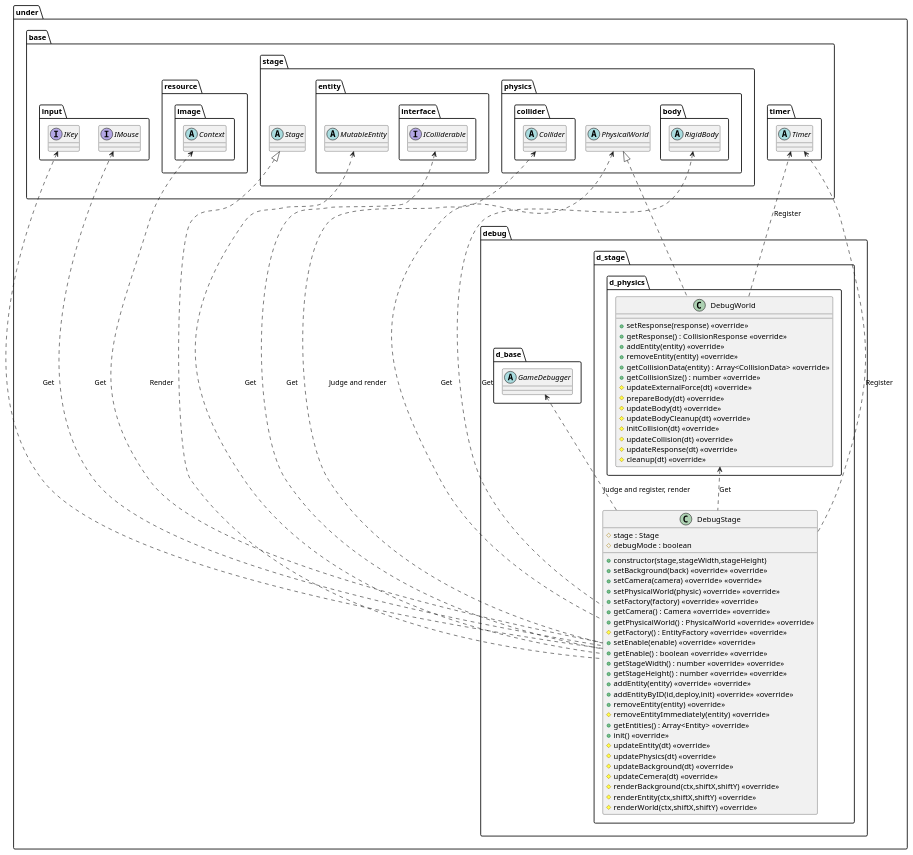
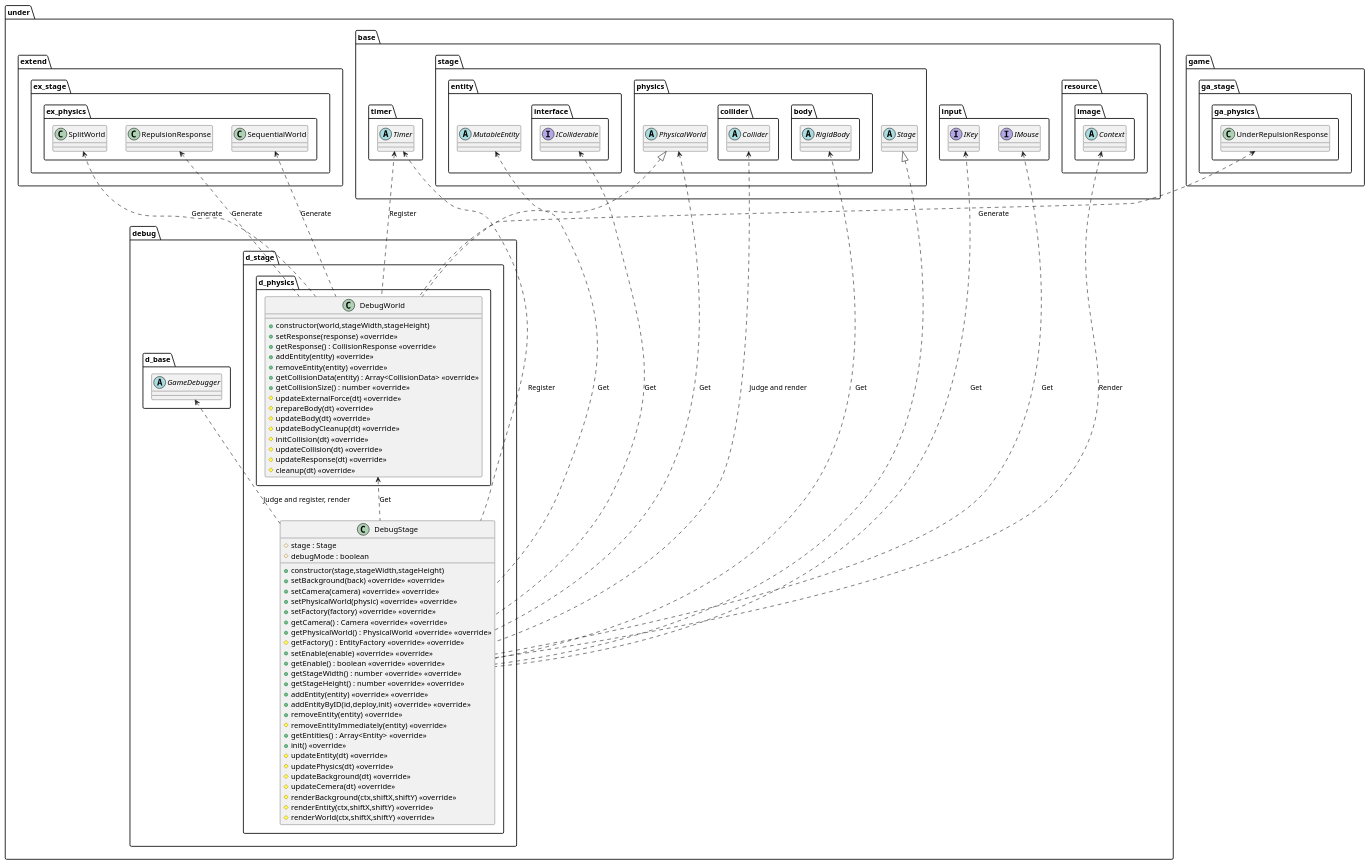
The diagram in uml/debug/Stage.wsd (Expine/Under), drawn with PlantUML before and after one commit. The commit also changed 21 other files, not shown here.

```diff
--- a/uml/debug/Stage.wsd
+++ b/uml/debug/Stage.wsd
@@ -1,114 +1,136 @@
 @startuml DebugStage
 
 package under {
     package debug {
         package d_stage {
             class DebugStage {
                 +constructor(stage,stageWidth,stageHeight)
                 #stage : Stage
                 #debugMode : boolean
                 +setBackground(back) <<override>> <<override>>
                 +setCamera(camera) <<override>> <<override>>
                 +setPhysicalWorld(physic) <<override>> <<override>>
                 +setFactory(factory) <<override>> <<override>>
                 +getCamera() : Camera <<override>> <<override>>
                 +getPhysicalWorld() : PhysicalWorld <<override>> <<override>>
                 #getFactory() : EntityFactory <<override>> <<override>>
                 +setEnable(enable) <<override>> <<override>>
                 +getEnable() : boolean <<override>> <<override>>
                 +getStageWidth() : number <<override>> <<override>>
                 +getStageHeight() : number <<override>> <<override>>
                 +addEntity(entity) <<override>> <<override>>
                 +addEntityByID(id,deploy,init) <<override>> <<override>>
                 +removeEntity(entity) <<override>>
                 #removeEntityImmediately(entity) <<override>>
                 +getEntities() : Array<Entity> <<override>>
                 +init() <<override>>
                 #updateEntity(dt) <<override>>
                 #updatePhysics(dt) <<override>>
                 #updateBackground(dt) <<override>>
                 #updateCemera(dt) <<override>>
                 #renderBackground(ctx,shiftX,shiftY) <<override>>
                 #renderEntity(ctx,shiftX,shiftY) <<override>>
                 #renderWorld(ctx,shiftX,shiftY) <<override>>
             }
             package d_physics {
                 class DebugWorld {
+                    +constructor(world,stageWidth,stageHeight)
                     +setResponse(response) <<override>>
                     +getResponse() : CollisionResponse <<override>>
                     +addEntity(entity) <<override>>
                     +removeEntity(entity) <<override>>
                     +getCollisionData(entity) : Array<CollisionData> <<override>>
                     +getCollisionSize() : number <<override>>
                     #updateExternalForce(dt) <<override>>
                     #prepareBody(dt) <<override>>
                     #updateBody(dt) <<override>>
                     #updateBodyCleanup(dt) <<override>>
                     #initCollision(dt) <<override>>
                     #updateCollision(dt) <<override>>
                     #updateResponse(dt) <<override>>
                     #cleanup(dt) <<override>>
                 }
             }
         }
     }
 }
 
 package under {
     package base {
         package input  {
             interface IKey
             interface IMouse
         }
         package resource {
             package image {
                 abstract Context
             }
         }
         package stage {
             abstract Stage
             package entity {
                 abstract MutableEntity
                 package interface {
                     interface IColliderable
                 }
             }
             package physics  {
                 abstract PhysicalWorld
                 package collider {
                     abstract Collider
                 }
                 package body {
                     abstract RigidBody
                 }
             }
         }
         package timer {
             abstract Timer
         }
     }
     package debug {
         package d_base {
             abstract GameDebugger
         }
     }
+    package extend {
+        package ex_stage {
+            package ex_physics {
+                class SequentialWorld
+                class SplitWorld
+                class RepulsionResponse
+            }
+        }
+    }
+}
+
+package game {
+    package ga_stage{
+        package ga_physics {
+            class UnderRepulsionResponse
+        }
+    }
 }
 
 Timer <... DebugStage : Register
 GameDebugger <.. DebugStage : Judge and register, render
 IKey <... DebugStage : Get
 IMouse <... DebugStage : Get
 MutableEntity <... DebugStage : Get
 Collider <... DebugStage : Judge and render
 IColliderable <... DebugStage : Get
 RigidBody <... DebugStage : Get
 Context <... DebugStage : Render
 PhysicalWorld <.. DebugStage : Get
 DebugWorld <.. DebugStage : Get
 
 Timer <.. DebugWorld : Register
+UnderRepulsionResponse <.. DebugWorld : Generate
+RepulsionResponse <.. DebugWorld : Generate
+SequentialWorld <.. DebugWorld : Generate
+SplitWorld <.. DebugWorld : Generate
 
 Stage <|.. DebugStage
 PhysicalWorld <|.. DebugWorld
 
 @enduml
```
